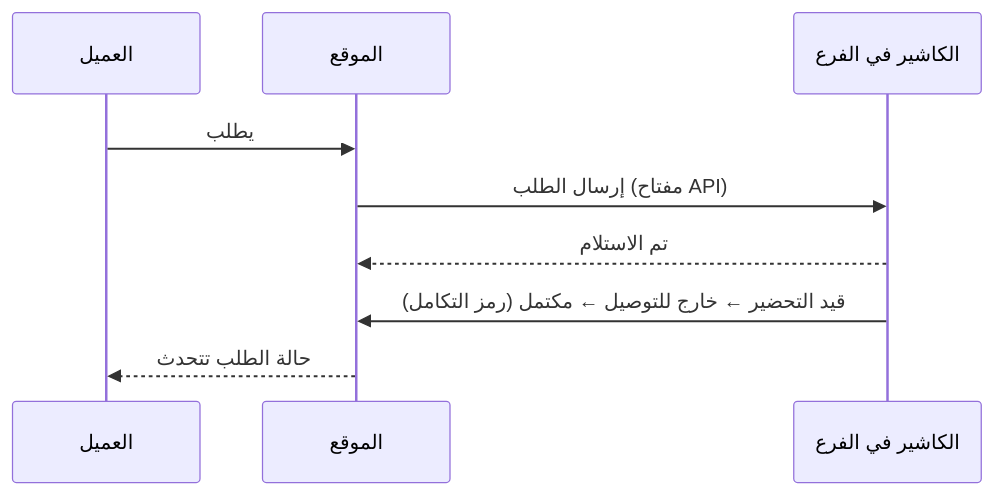
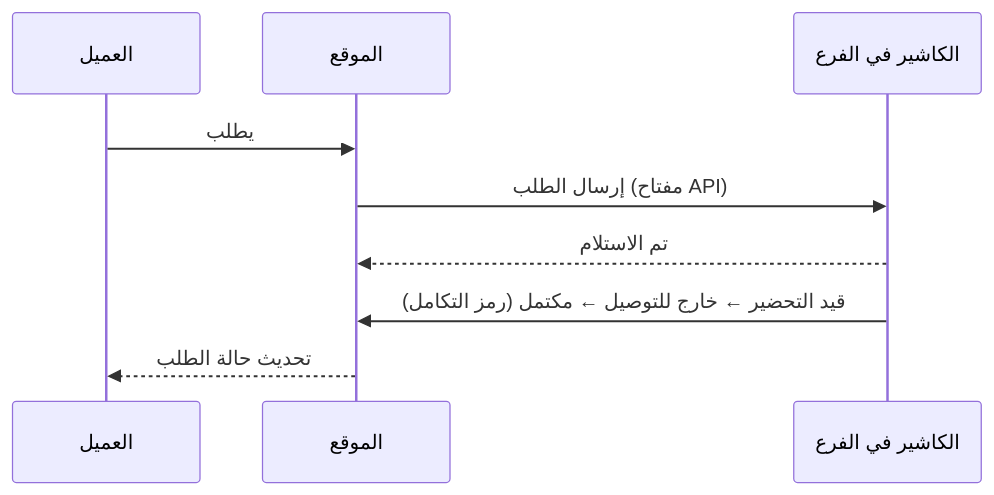
One commit to habibGamal/turbo_tenant changed the diagram in docs/ar/pos.md. Above: the diagram before and after it, drawn with Mermaid. The commit also changed other lines of this file and 20 other files, not shown here.

````diff
--- a/docs/ar/pos.md
+++ b/docs/ar/pos.md
@@ -5,11 +5,11 @@
 ```mermaid
 sequenceDiagram
   participant C as العميل
   participant W as الموقع
   participant P as الكاشير في الفرع
   C->>W: يطلب
   W->>P: إرسال الطلب (مفتاح API)
   P-->>W: تم الاستلام
   P->>W: قيد التحضير ← خارج للتوصيل ← مكتمل (رمز التكامل)
-  W-->>C: حالة الطلب تتحدث
+  W-->>C: تحديث حالة الطلب
 ```
````
